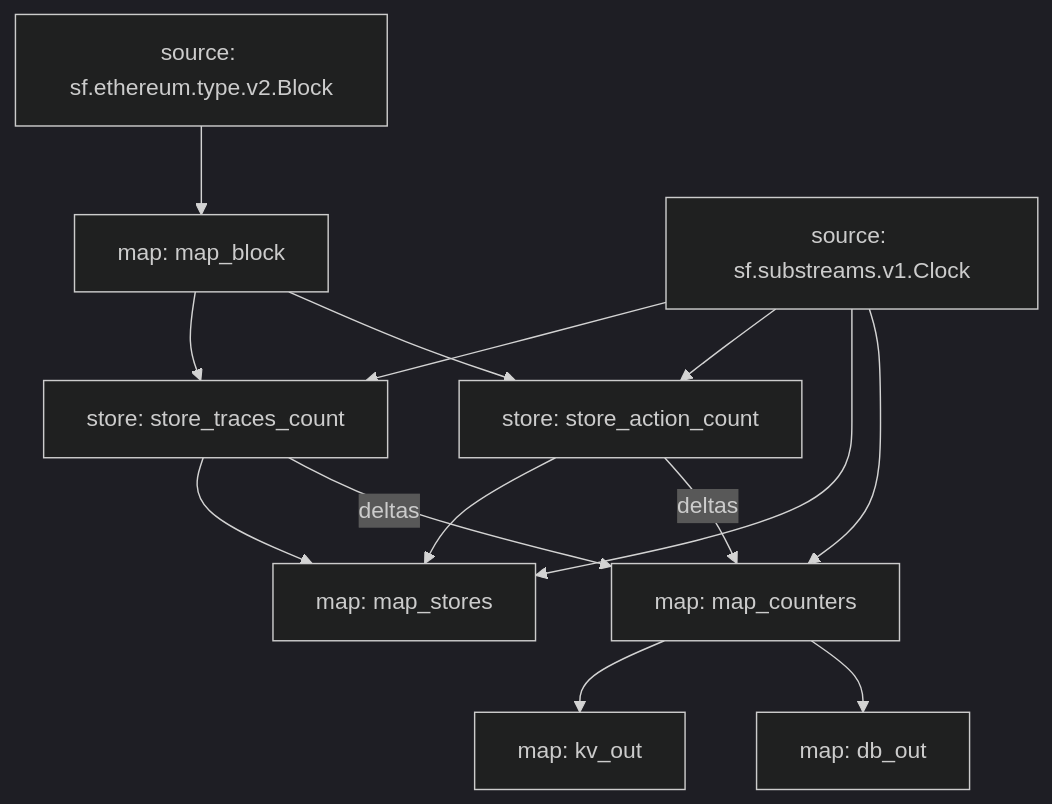
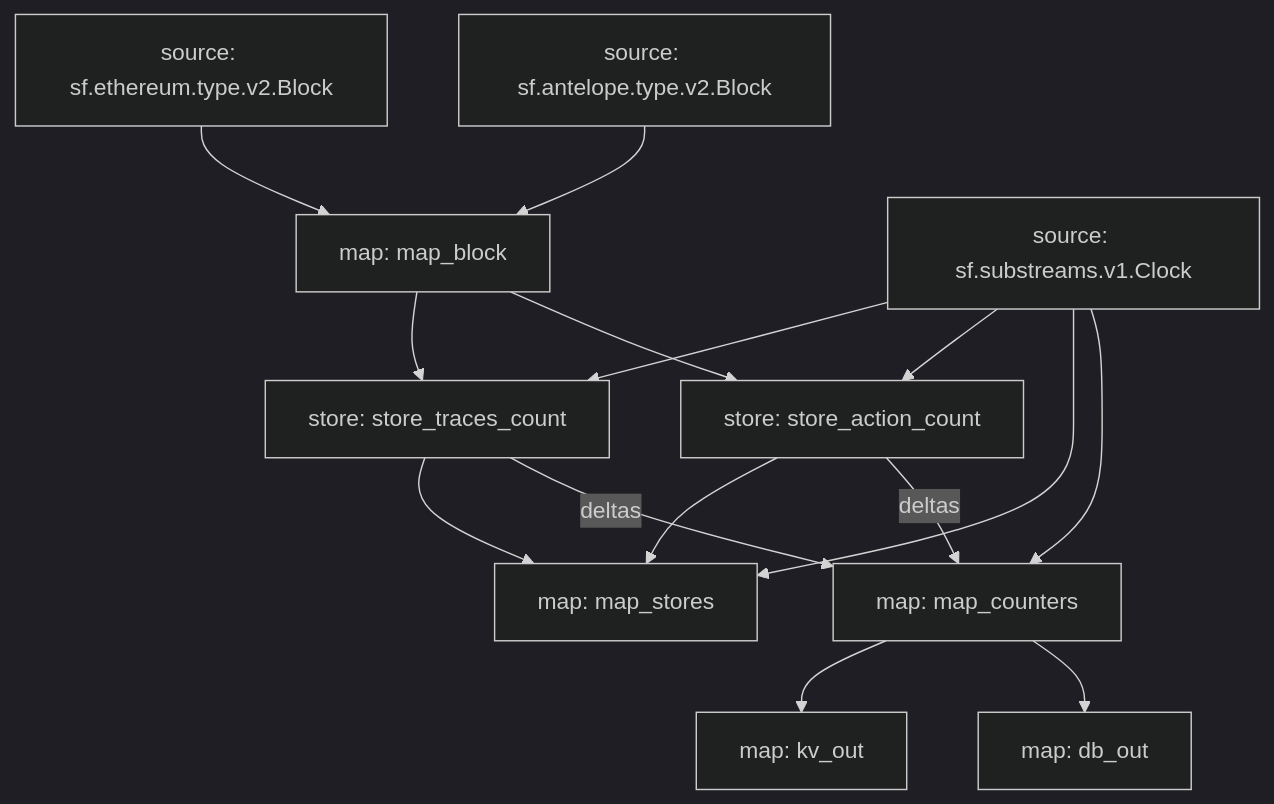
One commit to pinax-network/subtivity-substreams changed the diagram in README.md. Above: the diagram before and after it, drawn with Mermaid (dark theme). The commit also changed 1 other file, not shown here.

Commit message:
add antelope block

````diff
--- a/README.md
+++ b/README.md
@@ -40,23 +40,24 @@
 ```mermaid
 graph TD;
   map_block[map: map_block]
   sf.ethereum.type.v2.Block[source: sf.ethereum.type.v2.Block] --> map_block
+  sf.antelope.type.v2.Block[source: sf.antelope.type.v2.Block] --> map_block
   store_traces_count[store: store_traces_count]
   sf.substreams.v1.Clock[source: sf.substreams.v1.Clock] --> store_traces_count
   map_block --> store_traces_count
   store_action_count[store: store_action_count]
   sf.substreams.v1.Clock[source: sf.substreams.v1.Clock] --> store_action_count
   map_block --> store_action_count
   map_stores[map: map_stores]
   sf.substreams.v1.Clock[source: sf.substreams.v1.Clock] --> map_stores
   store_action_count --> map_stores
   store_traces_count --> map_stores
   map_counters[map: map_counters]
   sf.substreams.v1.Clock[source: sf.substreams.v1.Clock] --> map_counters
   store_action_count -- deltas --> map_counters
   store_traces_count -- deltas --> map_counters
   kv_out[map: kv_out]
   map_counters --> kv_out
   db_out[map: db_out]
   map_counters --> db_out
 ```
````
